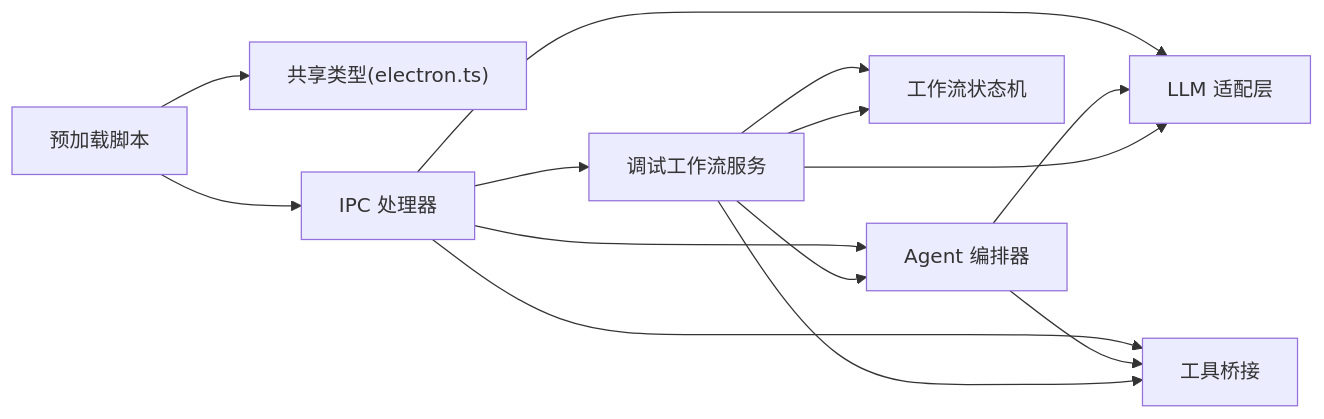
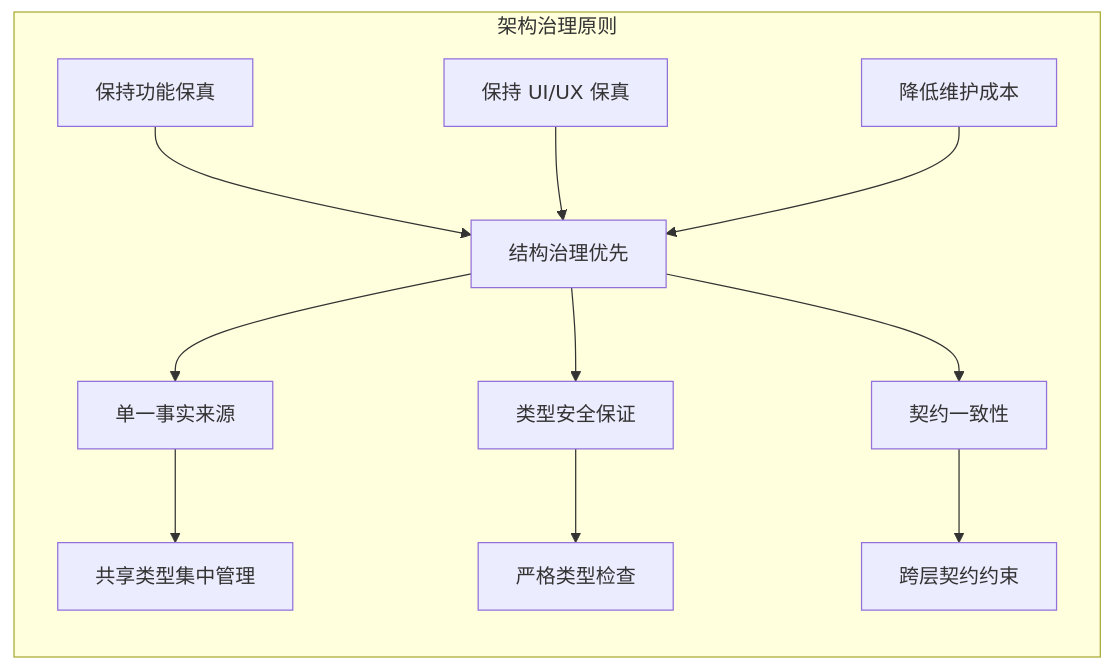
One commit to haolange/RDC-Agent changed the sixth of 6 diagrams in .qoder/repowiki/zh/content/架构设计/架构设计.md. Above: the diagram before and after it, drawn with Mermaid. The commit also changed other lines of this file and 15 other files, not shown here.

````diff
--- a/.qoder/repowiki/zh/content/架构设计/架构设计.md
+++ b/.qoder/repowiki/zh/content/架构设计/架构设计.md
@@ -328,16 +306,14 @@
 ```mermaid
 graph LR
-PRE["预加载脚本"] --> TYPES["共享类型(electron.ts)"]
-PRE --> IPC["IPC 处理器"]
-IPC --> DWS["调试工作流服务"]
-IPC --> AO["Agent 编排器"]
-IPC --> TB["工具桥接"]
-IPC --> LLMA["LLM 适配层"]
-DWS --> WF["工作流状态机"]
-AO --> LLMA
-AO --> TB
-DWS --> WF
-DWS --> AO
-DWS --> TB
-DWS --> LLMA
+subgraph "架构治理原则"
+A["保持功能保真"] --> C["结构治理优先"]
+B["保持 UI/UX 保真"] --> C
+D["降低维护成本"] --> C
+C --> E["单一事实来源"]
+C --> F["类型安全保证"]
+C --> G["契约一致性"]
+E --> H["共享类型集中管理"]
+F --> I["严格类型检查"]
+G --> J["跨层契约约束"]
+end
 ```
````
